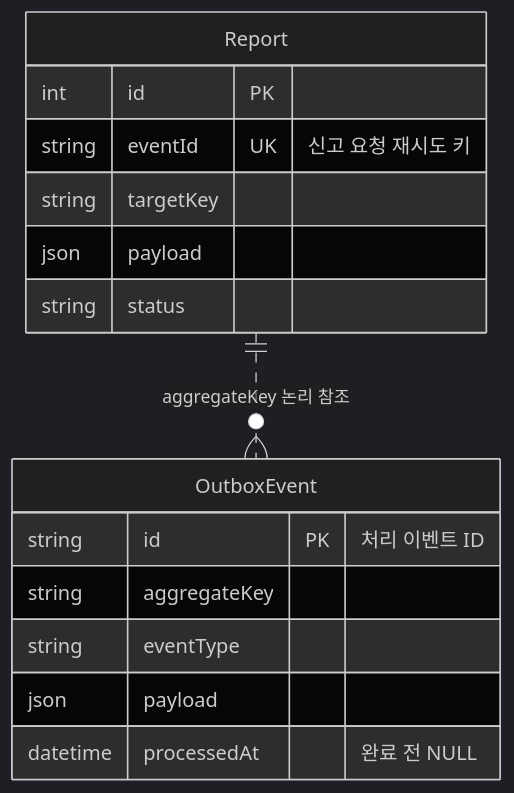
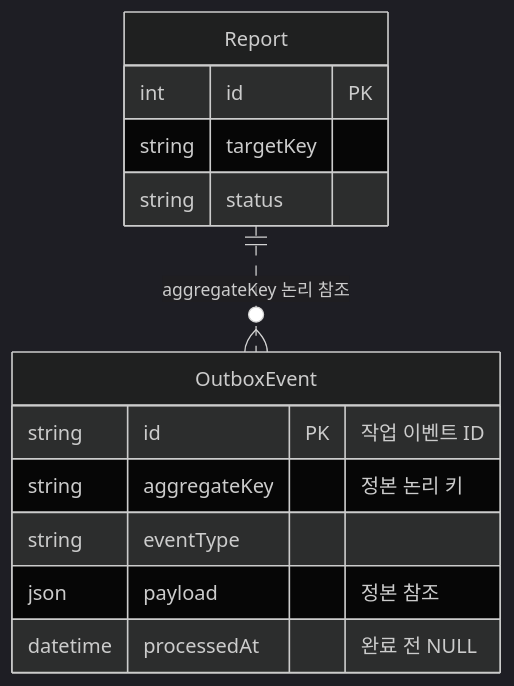
The third of 10 diagrams in docs/request-failure-management.md (luke0408/blog-erd), drawn with Mermaid (dark theme) before and after one commit. The commit also changed other lines of this file and 5 other files, not shown here.

Commit message:
docs(erd): reorder student questions by design requirements

````diff
--- a/docs/request-failure-management.md
+++ b/docs/request-failure-management.md
@@ -92,18 +96,16 @@
 ```mermaid
 erDiagram
     Report {
         int id PK
-        string eventId UK "신고 요청 재시도 키"
         string targetKey
-        json payload
         string status
     }
     OutboxEvent {
-        string id PK "처리 이벤트 ID"
-        string aggregateKey
+        string id PK "작업 이벤트 ID"
+        string aggregateKey "정본 논리 키"
         string eventType
-        json payload
+        json payload "정본 참조"
         datetime processedAt "완료 전 NULL"
     }
     Report ||..o{ OutboxEvent : "aggregateKey 논리 참조"
 ```
````
